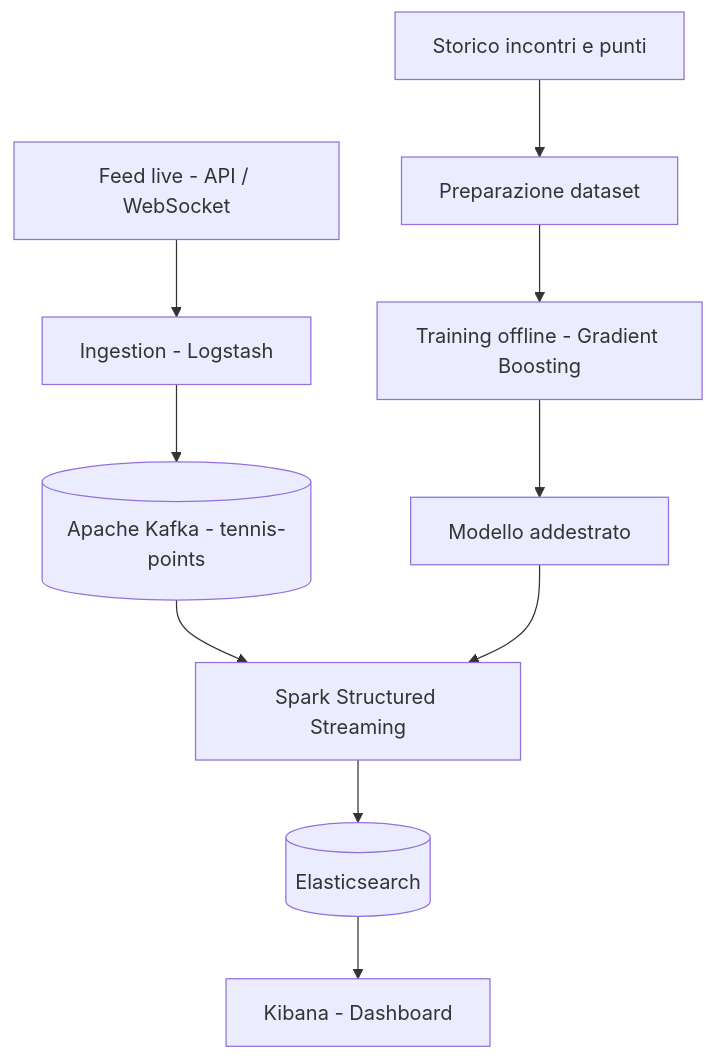
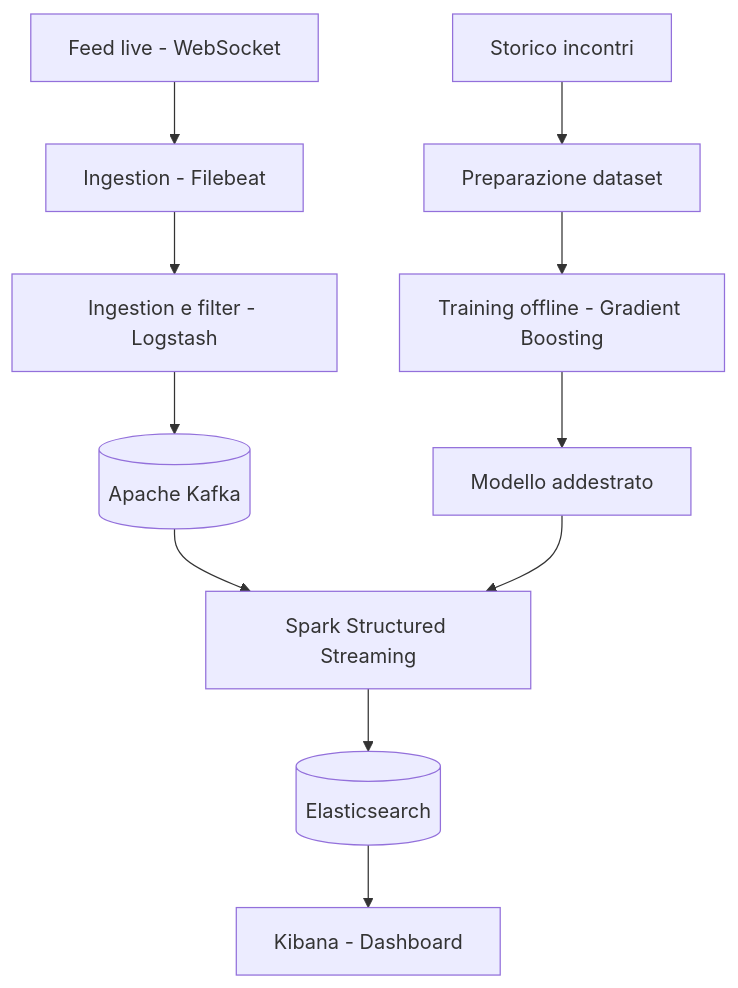
Before and after one commit to onitnas/data-set-match: the diagram in README.md, drawn with Mermaid. The commit also changed other lines of this file and 19 other files, not shown here.

````diff
--- a/README.md
+++ b/README.md
@@ -11,13 +11,13 @@
 ```mermaid
 flowchart TD
-    H[Storico incontri e punti] --> D[Preparazione dataset]
+    H[Storico incontri] --> D[Preparazione dataset]
     D --> T[Training offline - Gradient Boosting]
     T --> M[Modello addestrato]
 
-    A[Feed live - API / WebSocket] --> L[Ingestion - Logstash]
-    L --> K[(Apache Kafka - tennis-points)]
+    A[Feed live - WebSocket] --> C[Ingestion - Filebeat] --> L[Ingestion e filter - Logstash]
+    L --> K[(Apache Kafka)]
     K --> S[Spark Structured Streaming]
     M --> S
     S --> E[(Elasticsearch)]
     E --> B[Kibana - Dashboard]
 ```
````
